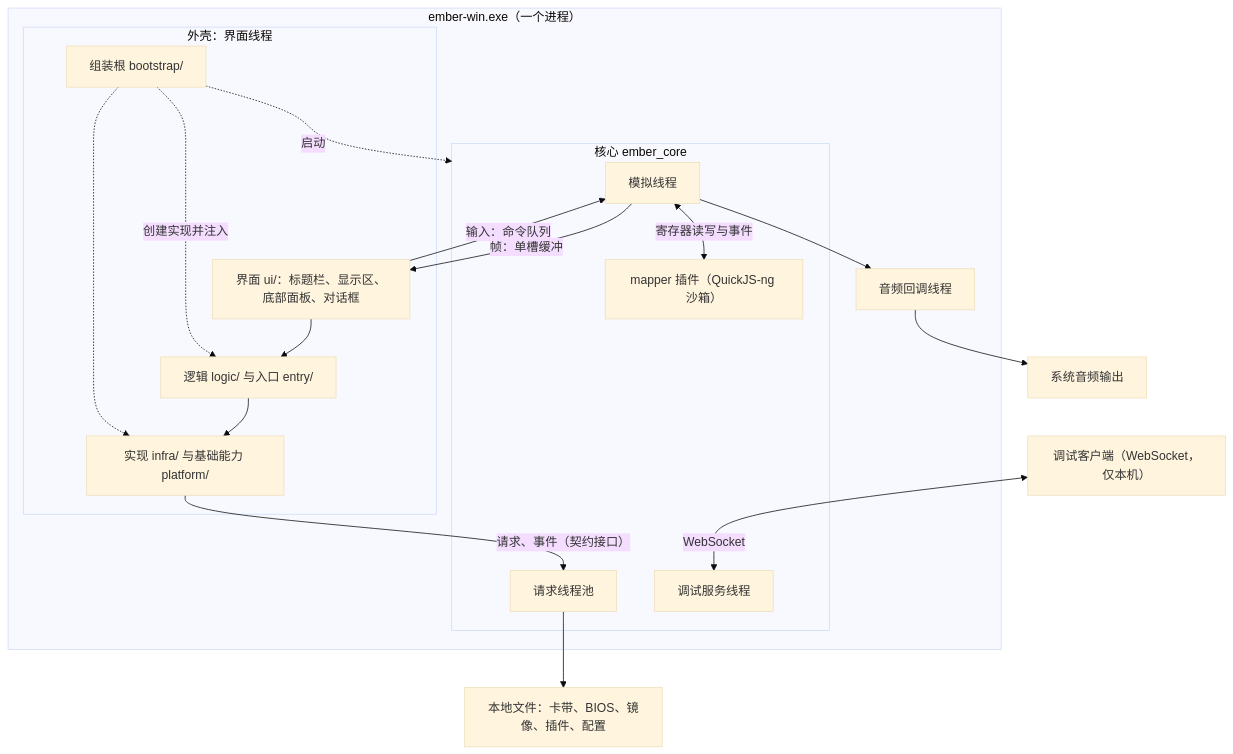
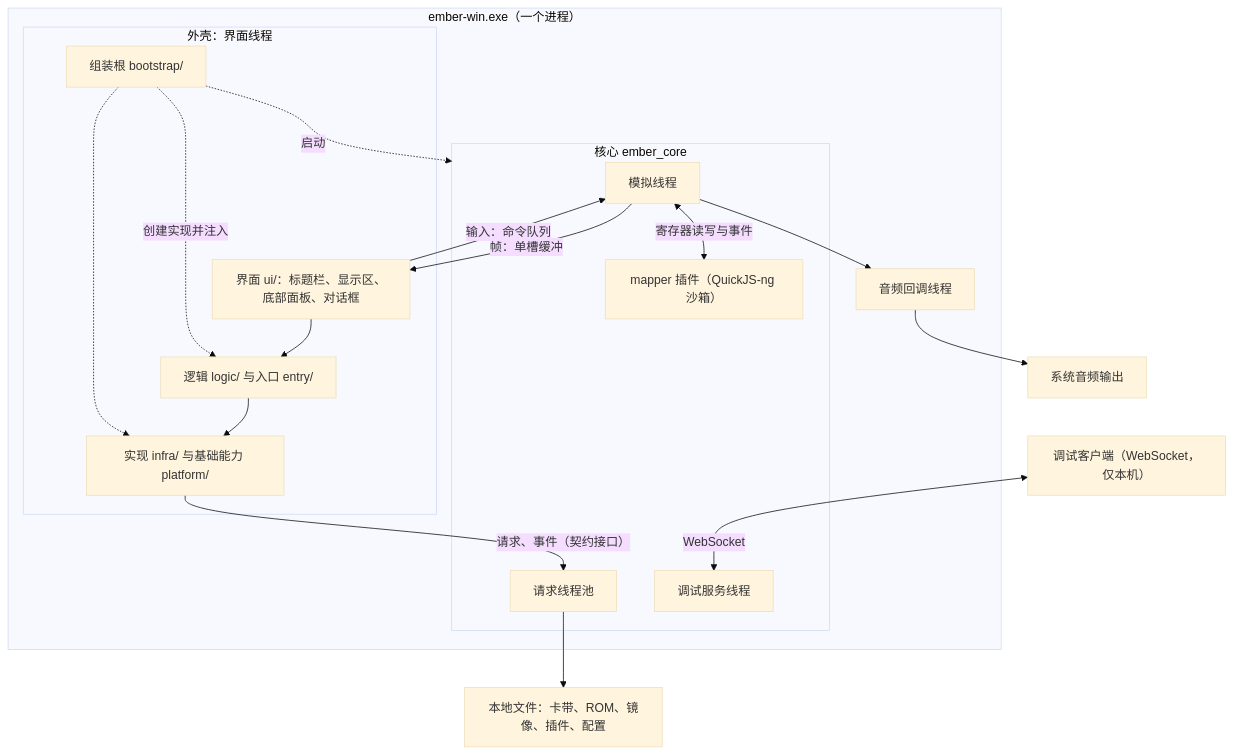
The diagram in ember/docs/01-软件架构设计.md (sungbindev/famiclone), drawn with Mermaid (base theme) before and after one commit. The commit also changed other lines of this file and 138 other files, not shown here.

First line of the commit message:
金字塔学习机做成内置机型 pec9588、pec586，“机型与 BIOS”改名为“机型与 ROM”，ember/rom 改为 ember/roms

````diff
--- a/ember/docs/01-软件架构设计.md
+++ b/ember/docs/01-软件架构设计.md
@@ -38,33 +38,33 @@
 ```mermaid
 flowchart TB
   subgraph PROCESS["ember-win.exe（一个进程）"]
     subgraph SHELL["外壳：界面线程"]
       BOOT["组装根 bootstrap/"]
       UI["界面 ui/：标题栏、显示区、底部面板、对话框"]
       LOGIC["逻辑 logic/ 与入口 entry/"]
       INFRA["实现 infra/ 与基础能力 platform/"]
     end
     subgraph CORE["核心 ember_core"]
       SIM["模拟线程"]
       POOL["请求线程池"]
       DBG["调试服务线程"]
       PLUGINS["mapper 插件（QuickJS-ng 沙箱）"]
     end
     AUDIO["音频回调线程"]
   end
   DEBUGCLIENT["调试客户端（WebSocket，仅本机）"]
-  FILES["本地文件：卡带、BIOS、镜像、插件、配置"]
+  FILES["本地文件：卡带、ROM、镜像、插件、配置"]
   OUT["系统音频输出"]
 
   UI --> LOGIC --> INFRA
   INFRA -->|"请求、事件（契约接口）"| POOL
   SIM -->|"帧：单槽缓冲"| UI
   UI -->|"输入：命令队列"| SIM
   SIM <-->|"寄存器读写与事件"| PLUGINS
   SIM --> AUDIO --> OUT
   POOL --> FILES
   DEBUGCLIENT <-->|"WebSocket"| DBG
   BOOT -.->|"创建实现并注入"| LOGIC
   BOOT -.-> INFRA
   BOOT -.->|"启动"| CORE
 ```
````
